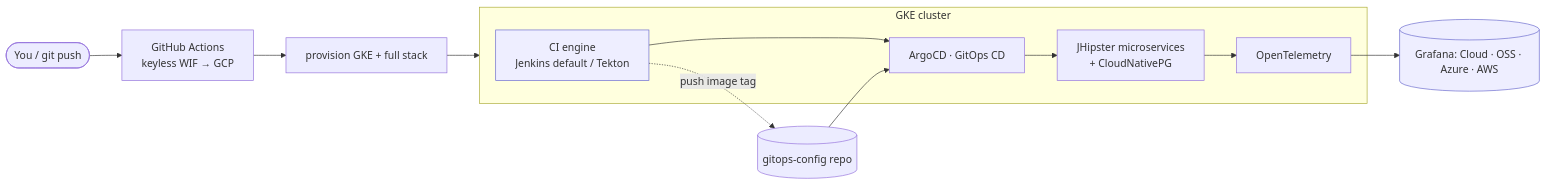
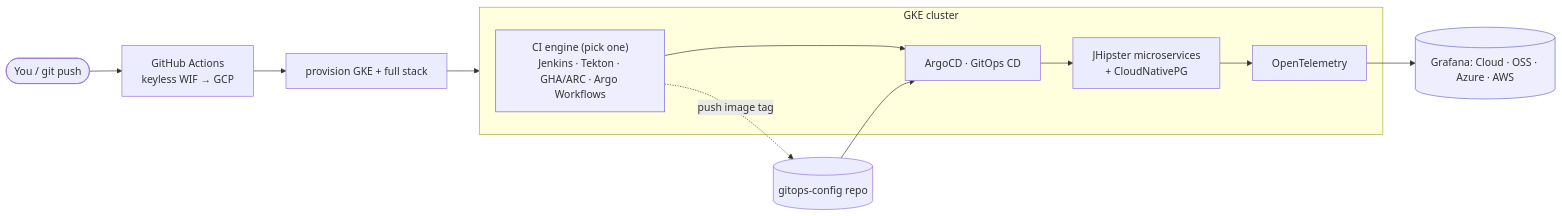
The second of 4 diagrams in README.md (nubenetes/jenkins-2026), drawn with Mermaid before and after one commit. The commit also changed other lines of this file and 28 other files, not shown here.

````diff
--- a/README.md
+++ b/README.md
@@ -82,16 +84,16 @@
 ```mermaid
 flowchart LR
   dev([You / git push]) --> gha["GitHub Actions<br/>keyless WIF → GCP"]
   gha --> prov[provision GKE + full stack]
   prov --> K
   subgraph K["GKE cluster"]
-    ci["CI engine<br/>Jenkins default / Tekton"] --> argo["ArgoCD · GitOps CD"]
+    ci["CI engine (pick one)<br/>Jenkins · Tekton · GHA/ARC · Argo Workflows"] --> argo["ArgoCD · GitOps CD"]
     argo --> apps["JHipster microservices<br/>+ CloudNativePG"]
     apps --> otel["OpenTelemetry"]
   end
   ci -. "push image tag" .-> gops[("gitops-config repo")]
   gops --> argo
   otel --> graf[("Grafana: Cloud · OSS · Azure · AWS")]
   classDef pick fill:#eef,stroke:#66c;
   class ci,graf pick;
 ```
````
